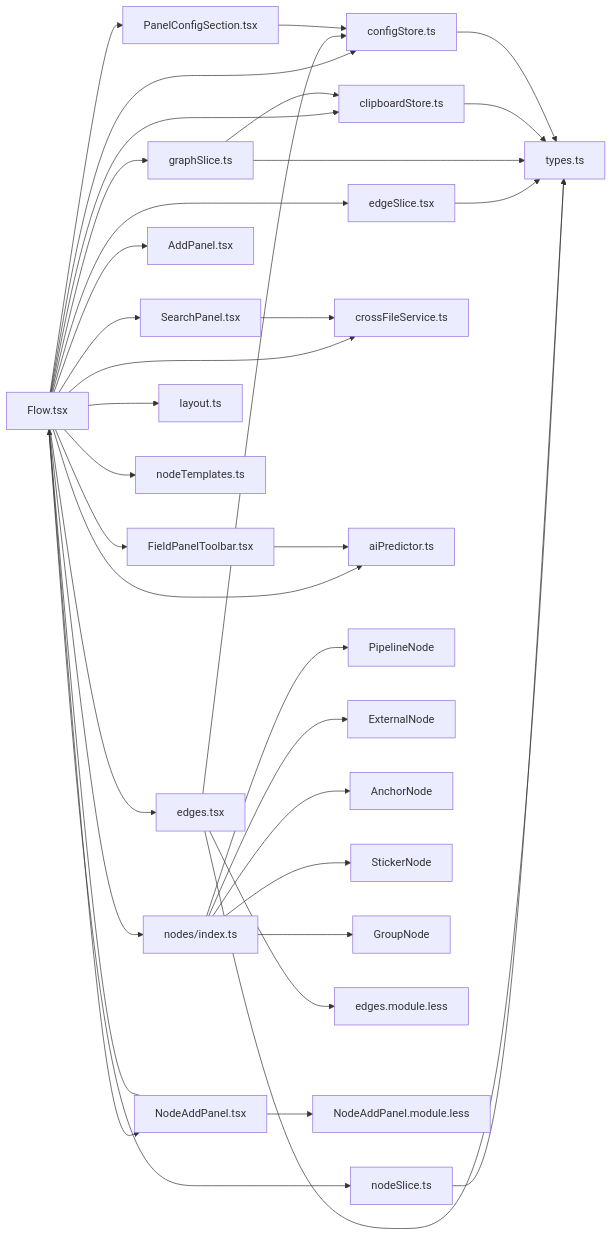
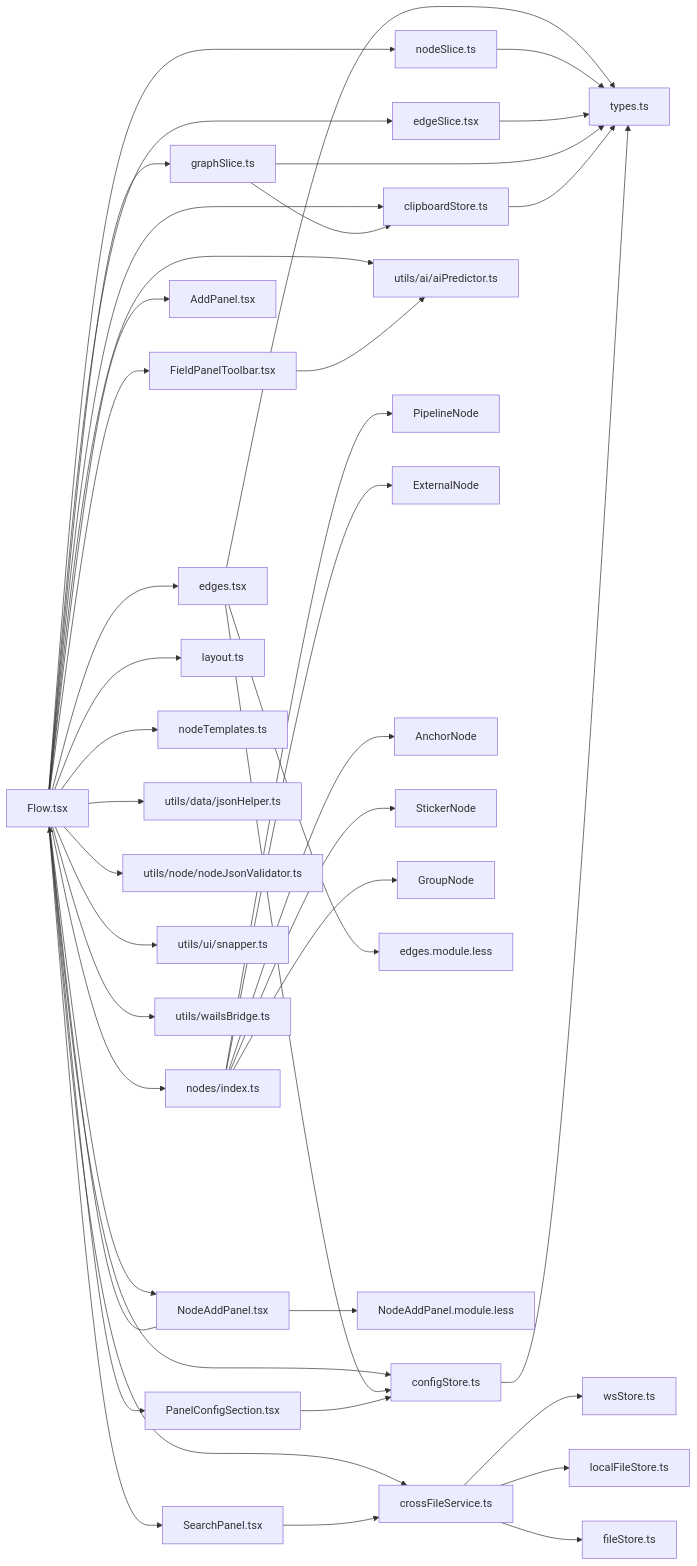
Before and after one commit to kqcoxn/MaaPipelineEditor: diagram 15 of 24 in .qoder/repowiki/zh/content/工作流编辑器/工作流编辑器.md, drawn with Mermaid. The commit also changed other lines of this file and 19 other files, not shown here.

````diff
--- a/.qoder/repowiki/zh/content/工作流编辑器/工作流编辑器.md
+++ b/.qoder/repowiki/zh/content/工作流编辑器/工作流编辑器.md
@@ -688,38 +773,45 @@
 ```mermaid
 graph LR
 Flow["Flow.tsx"] --> NodesIdx["nodes/index.ts"]
 Flow --> Edges["edges.tsx"]
 Flow --> ConfigPanel["PanelConfigSection.tsx"]
 Flow --> NodeAddPanel["NodeAddPanel.tsx"]
 Flow --> SearchPanel["SearchPanel.tsx"]
 Flow --> AddPanel["AddPanel.tsx"]
 Flow --> FieldPanelToolbar["FieldPanelToolbar.tsx"]
 Flow --> NS["nodeSlice.ts"]
 Flow --> ES["edgeSlice.tsx"]
 Flow --> GS["graphSlice.ts"]
 Flow --> CS["clipboardStore.ts"]
 Flow --> Layout["layout.ts"]
 Flow --> Templates["nodeTemplates.ts"]
 Flow --> ConfigStore["configStore.ts"]
 Flow --> CrossFileService["crossFileService.ts"]
-Flow --> AIPredictor["aiPredictor.ts"]
+Flow --> AIPredictor["utils/ai/aiPredictor.ts"]
+Flow --> JsonHelper["utils/data/jsonHelper.ts"]
+Flow --> NodeJsonValidator["utils/node/nodeJsonValidator.ts"]
+Flow --> Snapper["utils/ui/snapper.ts"]
+Flow --> WailsBridge["utils/wailsBridge.ts"]
 NodesIdx --> PN["PipelineNode"]
 NodesIdx --> EN["ExternalNode"]
 NodesIdx --> AN["AnchorNode"]
 NodesIdx --> SN["StickerNode"]
 NodesIdx --> GN["GroupNode"]
 Edges --> Types["types.ts"]
 Edges --> ConfigStore
 Edges --> Styles["edges.module.less"]
 NS --> Types
 ES --> Types
 GS --> CS
 GS --> Types
 CS --> Types
 ConfigPanel --> ConfigStore
 ConfigStore --> Types
 SearchPanel --> CrossFileService
 FieldPanelToolbar --> AIPredictor
 NodeAddPanel --> Flow
 NodeAddPanel --> NodeAddStyles["NodeAddPanel.module.less"]
+CrossFileService --> WSStore["wsStore.ts"]
+CrossFileService --> LocalFileStore["localFileStore.ts"]
+CrossFileService --> FileStore["fileStore.ts"]
 ```
````
